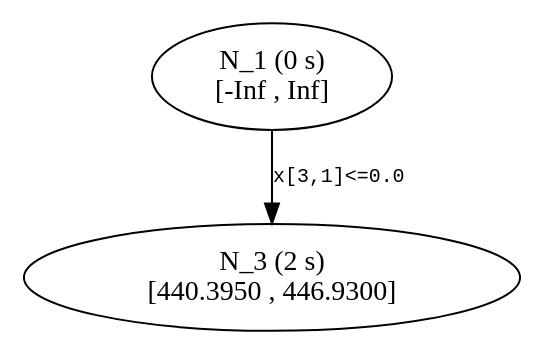
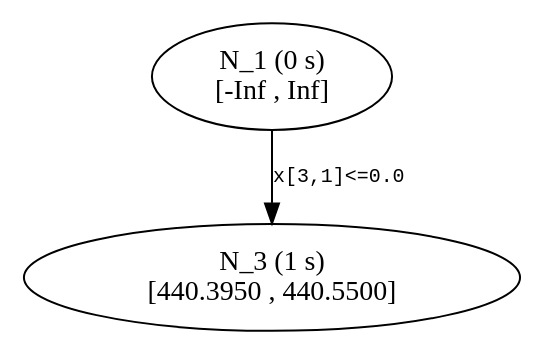
One commit to atoptima/Coluna.jl changed the diagram in previews/PR930/start/tree2.dot. Above: the diagram before and after it, drawn with Graphviz. The commit also changed 20 other files, not shown here.

```diff
--- a/previews/PR930/start/tree2.dot
+++ b/previews/PR930/start/tree2.dot
@@ -1,8 +1,8 @@
 ## dot -Tpdf thisfile > thisfile.pdf 
 
 digraph Branching_Tree {
 	edge[fontname = "Courier", fontsize = 10];
 	n1 [label= "N_1 (0 s) \n[-Inf , Inf]"];
-	n3 [label= "N_3 (2 s) \n[440.3950 , 446.9300]"];
+	n3 [label= "N_3 (1 s) \n[440.3950 , 440.5500]"];
 	n1 -> n3 [label= "x[3,1]<=0.0"];
 }
```
